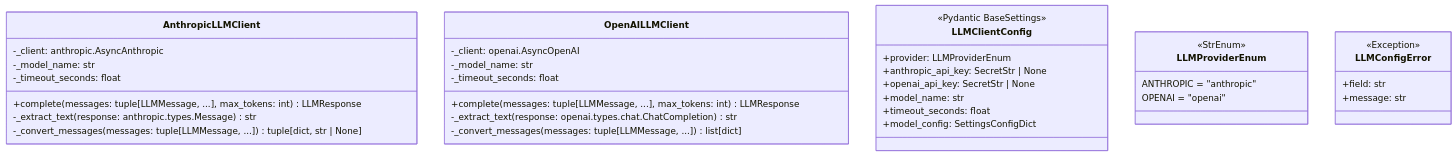
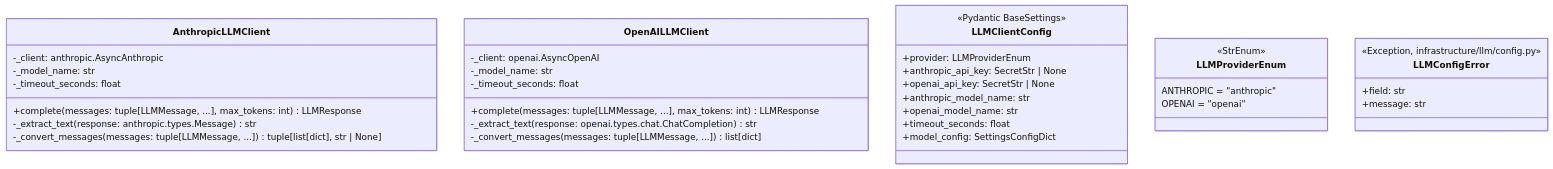
The diagram in docs/features/llm-client/infrastructure/detailed-design.md (bakufu-dev/bakufu), drawn with Mermaid before and after one commit. The commit also changed other lines of this file and 6 other files, not shown here.

````diff
--- a/docs/features/llm-client/infrastructure/detailed-design.md
+++ b/docs/features/llm-client/infrastructure/detailed-design.md
@@ -18,42 +18,43 @@
 ```mermaid
 classDiagram
     class AnthropicLLMClient {
         -_client: anthropic.AsyncAnthropic
         -_model_name: str
         -_timeout_seconds: float
         +complete(messages: tuple[LLMMessage, ...], max_tokens: int) LLMResponse
         -_extract_text(response: anthropic.types.Message) str
-        -_convert_messages(messages: tuple[LLMMessage, ...]) tuple[dict, str | None]
+        -_convert_messages(messages: tuple[LLMMessage, ...]) tuple[list[dict], str | None]
     }
 
     class OpenAILLMClient {
         -_client: openai.AsyncOpenAI
         -_model_name: str
         -_timeout_seconds: float
         +complete(messages: tuple[LLMMessage, ...], max_tokens: int) LLMResponse
         -_extract_text(response: openai.types.chat.ChatCompletion) str
         -_convert_messages(messages: tuple[LLMMessage, ...]) list[dict]
     }
 
     class LLMClientConfig {
         <<Pydantic BaseSettings>>
         +provider: LLMProviderEnum
         +anthropic_api_key: SecretStr | None
         +openai_api_key: SecretStr | None
-        +model_name: str
+        +anthropic_model_name: str
+        +openai_model_name: str
         +timeout_seconds: float
         +model_config: SettingsConfigDict
     }
 
     class LLMProviderEnum {
         <<StrEnum>>
         ANTHROPIC = "anthropic"
         OPENAI = "openai"
     }
 
     class LLMConfigError {
-        <<Exception>>
+        <<Exception, infrastructure/llm/config.py>>
         +field: str
         +message: str
     }
 ```
````
